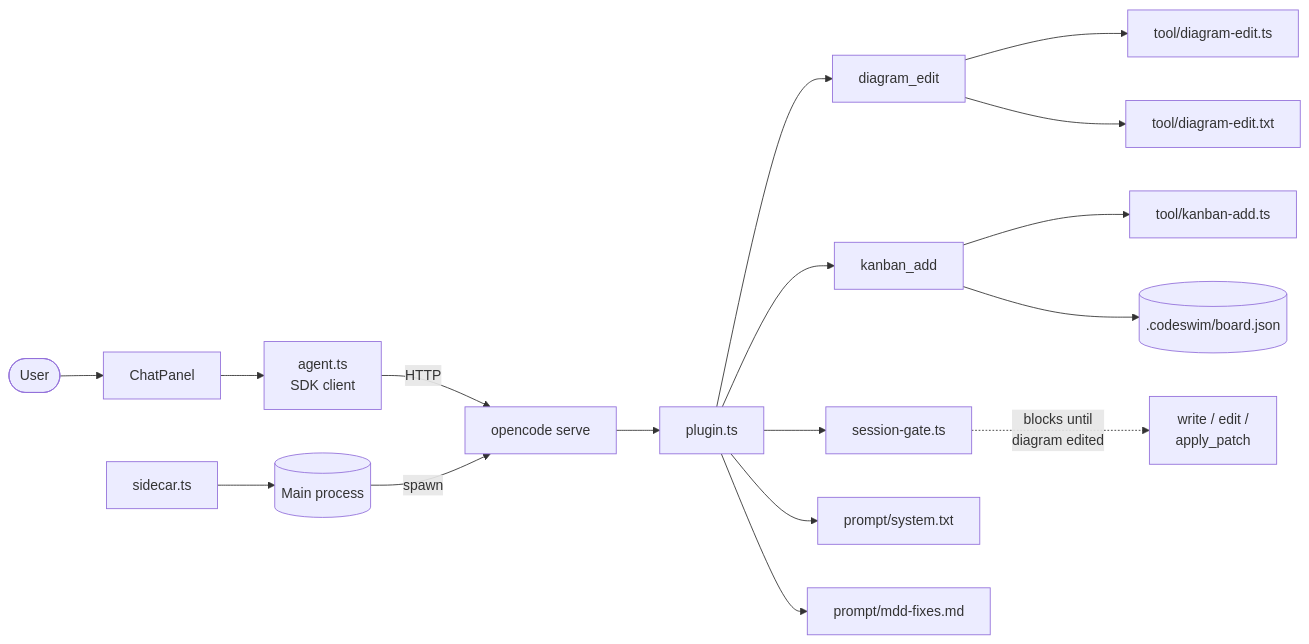
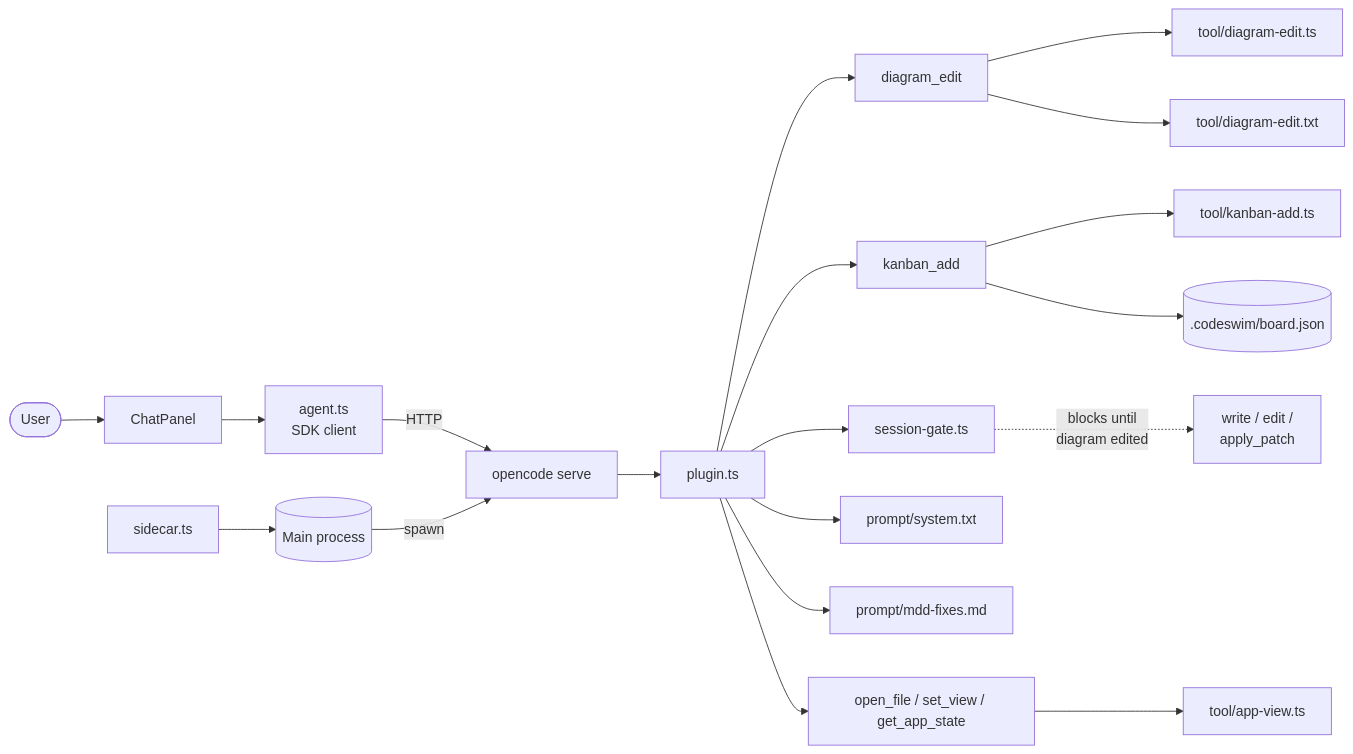
One commit to keithagroves/codeswim changed the diagram in architecture/agent-harness.md. Above: the diagram before and after it, drawn with Mermaid. The commit also changed other lines of this file and 1 other file, not shown here.

Commit message:
Update board and agent harness diagram with app-view tools
Removed the descoped agent-controllable browser view card and the duplicate light/dark mode toggle card from the board, re-added the toggle card with a current timestamp, and added a new card for tracking skill invocation stats. In the agent harness architecture diagram, added the AppTools → AppViewImpl node chain documenting the open_file / set_view / get_app_state tools, with click handlers and Source entries linking to app-view.ts and its tests.

Codeswim-Synthesized: true
Codeswim-Coverage: pass

````diff
--- a/architecture/agent-harness.md
+++ b/architecture/agent-harness.md
@@ -18,37 +18,41 @@
 ```mermaid
 flowchart LR
     User([User]) --> Chat[ChatPanel]
     Chat --> Client[agent.ts<br/>SDK client]
     Client -->|HTTP| Server[opencode serve]
     Main[(Main process)] -->|spawn| Server
     Sidecar[sidecar.ts] --> Main
     Server --> Plugin[plugin.ts]
     Plugin --> Tool[diagram_edit]
     Plugin --> Kanban[kanban_add]
     Plugin --> Gate[session-gate.ts]
     Gate -.->|blocks until<br/>diagram edited| Mutating[write / edit /<br/>apply_patch]
     Plugin --> System[prompt/system.txt]
     Plugin --> Fixes[prompt/mdd-fixes.md]
     Tool --> ToolImpl[tool/diagram-edit.ts]
     Tool --> ToolDesc[tool/diagram-edit.txt]
     Kanban --> KanbanImpl[tool/kanban-add.ts]
     Kanban --> KanbanBoard[(.codeswim/board.json)]
+    Plugin --> AppTools[open_file / set_view / get_app_state]
+    AppTools --> AppViewImpl[tool/app-view.ts]
 
     click User call navigate("../overview.md")
     click Chat call navigate("../apps/desktop/src/renderer/src/components/ChatPanel.tsx")
     click Client call navigate("../apps/desktop/src/renderer/src/agent.ts")
     click Server call navigate("../packages/harness/src/plugin.ts")
     click Main call navigate("../architecture/main-process.md")
     click Sidecar call navigate("../apps/desktop/src/main/sidecar.ts")
     click Plugin call navigate("../packages/harness/src/plugin.ts")
     click Tool call navigate("../packages/harness/src/tool/diagram-edit.ts")
     click Gate call navigate("../packages/harness/src/session-gate.ts")
     click System call navigate("../packages/harness/src/prompt/system.txt")
     click Fixes call navigate("../packages/harness/src/prompt/mdd-fixes.md")
     click ToolImpl call navigate("../packages/harness/src/tool/diagram-edit.ts")
     click ToolDesc call navigate("../packages/harness/src/tool/diagram-edit.txt")
     click Kanban call navigate("../packages/harness/src/tool/kanban-add.ts")
     click KanbanImpl call navigate("../packages/harness/src/tool/kanban-add.ts")
     click KanbanBoard call navigate("../packages/domain-kanban/src/kanban.ts")
     click Mutating call navigate("../overview.md")
+    click AppTools call navigate("../packages/harness/src/plugin.ts")
+    click AppViewImpl call navigate("../packages/harness/src/tool/app-view.ts")
 ```
````
